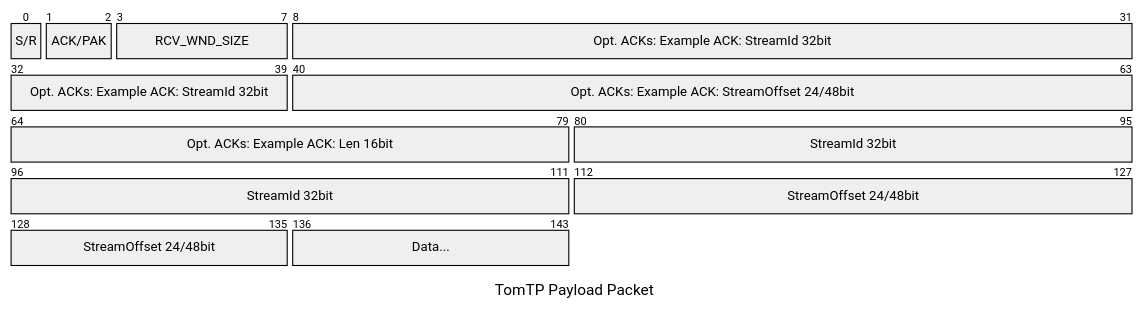
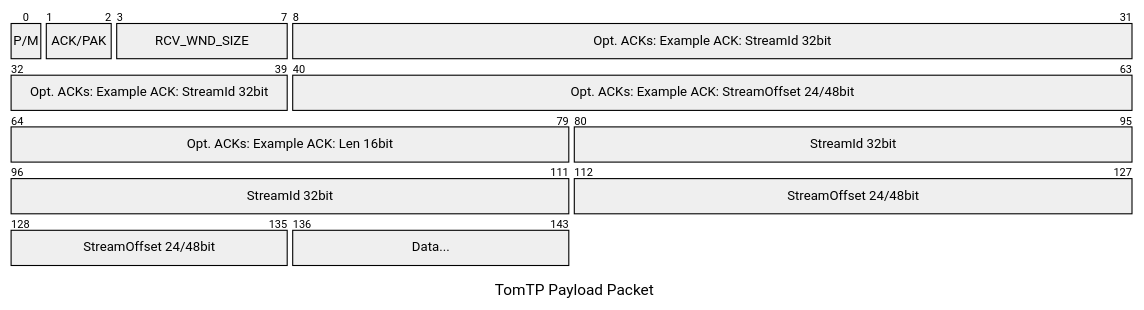
The eighth of 13 diagrams in Readme.md (tbocek/qotp), drawn with Mermaid before and after one commit. The commit also changed other lines of this file and 8 other files, not shown here.

````diff
--- a/Readme.md
+++ b/Readme.md
@@ -319,15 +273,15 @@
 ```mermaid
 ---
 title: "TomTP Payload Packet"
 ---
 packet-beta
-  0: "S/R"
+  0: "P/M"
   1-2: "ACK/PAK"
   3-7: "RCV_WND_SIZE" 
   8-39: "Opt. ACKs: Example ACK: StreamId 32bit"
   40-63: "Opt. ACKs: Example ACK: StreamOffset 24/48bit"
   64-79: "Opt. ACKs: Example ACK: Len 16bit"
   80-111: "StreamId 32bit"
   112-135: "StreamOffset 24/48bit"
   136-143: "Data..."
 ```
````
